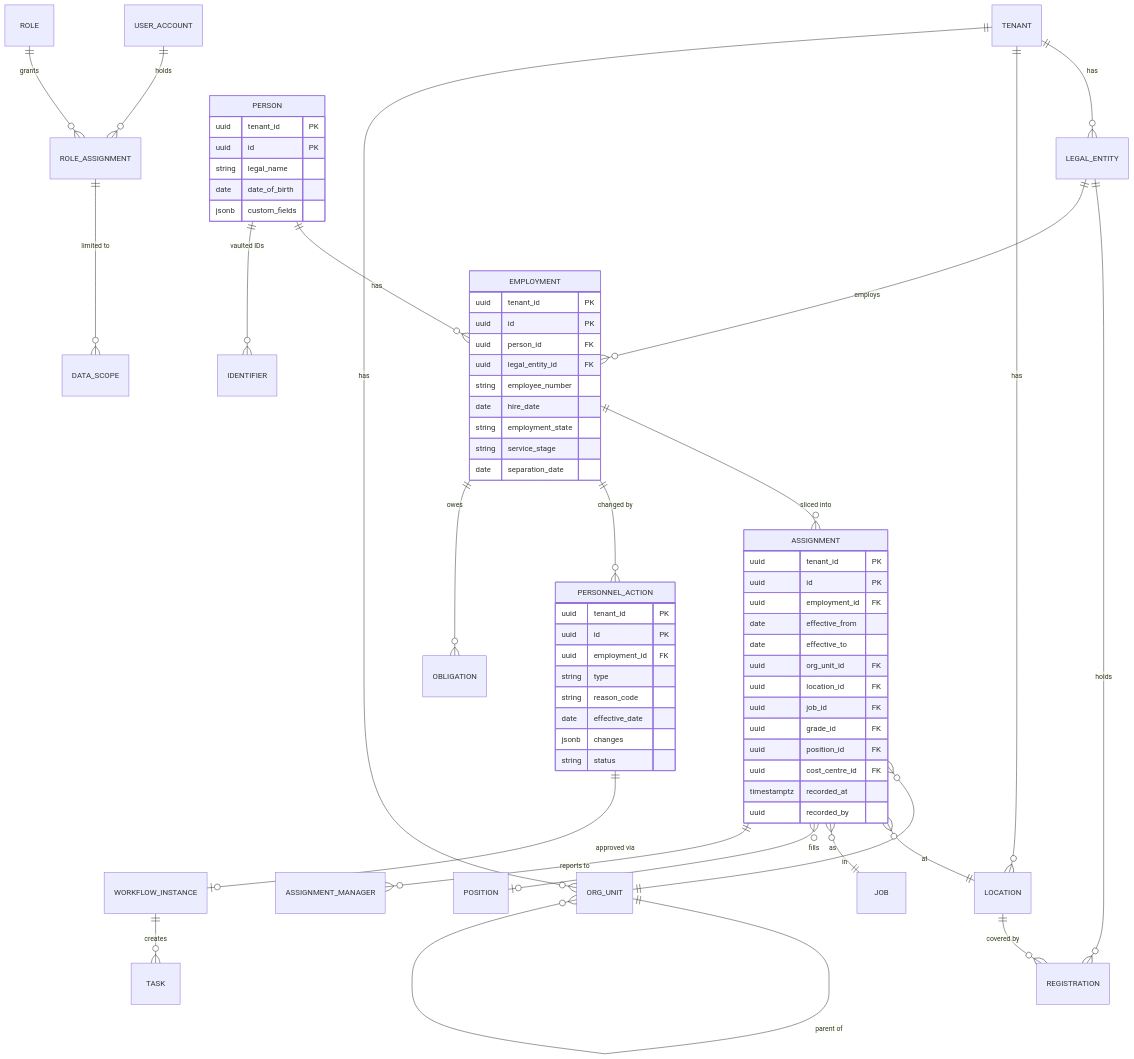
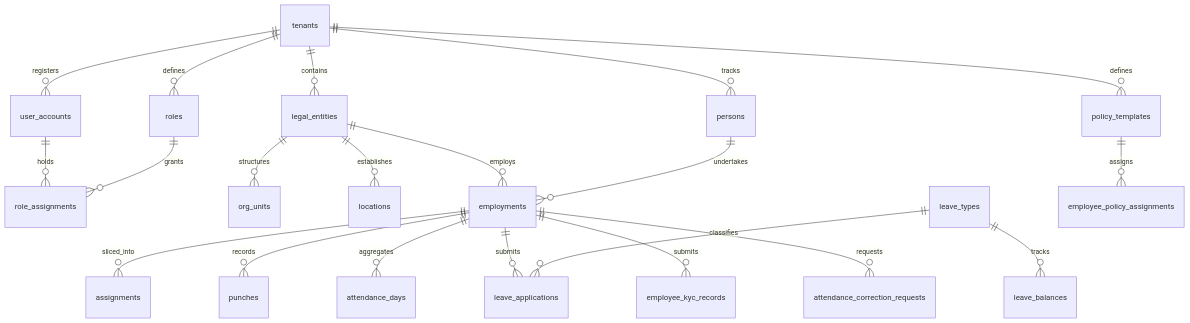
The diagram in docs/system-design/README.md (Novusha-LPP/HRMS), drawn with Mermaid before and after one commit. The commit also changed other lines of this file and 125 other files, not shown here.

````diff
--- a/docs/system-design/README.md
+++ b/docs/system-design/README.md
@@ -243,68 +217,27 @@
 ```mermaid
 erDiagram
-  TENANT ||--o{ LEGAL_ENTITY : has
-  TENANT ||--o{ LOCATION : has
-  TENANT ||--o{ ORG_UNIT : has
-  LEGAL_ENTITY ||--o{ REGISTRATION : holds
-  LOCATION ||--o{ REGISTRATION : "covered by"
-  ORG_UNIT ||--o{ ORG_UNIT : "parent of"
-  PERSON ||--o{ EMPLOYMENT : has
-  LEGAL_ENTITY ||--o{ EMPLOYMENT : employs
-  EMPLOYMENT ||--o{ ASSIGNMENT : "sliced into"
-  ASSIGNMENT }o--|| ORG_UNIT : in
-  ASSIGNMENT }o--|| LOCATION : at
-  ASSIGNMENT }o--|| JOB : as
-  ASSIGNMENT }o--o| POSITION : fills
-  ASSIGNMENT ||--o{ ASSIGNMENT_MANAGER : "reports to"
-  EMPLOYMENT ||--o{ PERSONNEL_ACTION : "changed by"
-  PERSONNEL_ACTION ||--o| WORKFLOW_INSTANCE : "approved via"
-  WORKFLOW_INSTANCE ||--o{ TASK : creates
-  EMPLOYMENT ||--o{ OBLIGATION : owes
-  PERSON ||--o{ IDENTIFIER : "vaulted IDs"
-  USER_ACCOUNT ||--o{ ROLE_ASSIGNMENT : holds
-  ROLE ||--o{ ROLE_ASSIGNMENT : grants
-  ROLE_ASSIGNMENT ||--o{ DATA_SCOPE : "limited to"
-  PERSON {
-    uuid tenant_id PK
-    uuid id PK
-    string legal_name
-    date date_of_birth
-    jsonb custom_fields
-  }
-  EMPLOYMENT {
-    uuid tenant_id PK
-    uuid id PK
-    uuid person_id FK
-    uuid legal_entity_id FK
-    string employee_number
-    date hire_date
-    string employment_state
-    string service_stage
-    date separation_date
-  }
-  ASSIGNMENT {
-    uuid tenant_id PK
-    uuid id PK
-    uuid employment_id FK
-    date effective_from
-    date effective_to
-    uuid org_unit_id FK
-    uuid location_id FK
-    uuid job_id FK
-    uuid grade_id FK
-    uuid position_id FK
-    uuid cost_centre_id FK
-    timestamptz recorded_at
-    uuid recorded_by
-  }
-  PERSONNEL_ACTION {
-    uuid tenant_id PK
-    uuid id PK
-    uuid employment_id FK
-    string type
-    string reason_code
-    date effective_date
-    jsonb changes
-    string status
-  }
+    tenants ||--o{ legal_entities : contains
+    tenants ||--o{ user_accounts : registers
+    tenants ||--o{ roles : defines
+    tenants ||--o{ policy_templates : defines
+    tenants ||--o{ persons : tracks
+
+    user_accounts ||--o{ role_assignments : holds
+    roles ||--o{ role_assignments : grants
+
+    legal_entities ||--o{ org_units : structures
+    legal_entities ||--o{ locations : establishes
+    legal_entities ||--o{ employments : employs
+
+    persons ||--o{ employments : undertakes
+    employments ||--o{ assignments : sliced_into
+    employments ||--o{ punches : records
+    employments ||--o{ attendance_days : aggregates
+    employments ||--o{ leave_applications : submits
+    employments ||--o{ employee_kyc_records : submits
+    employments ||--o{ attendance_correction_requests : requests
+
+    leave_types ||--o{ leave_applications : classifies
+    leave_types ||--o{ leave_balances : tracks
+    policy_templates ||--o{ employee_policy_assignments : assigns
 ```
````
